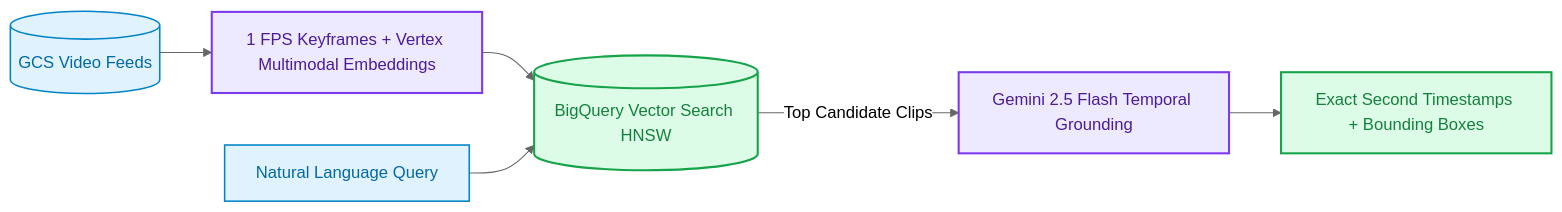
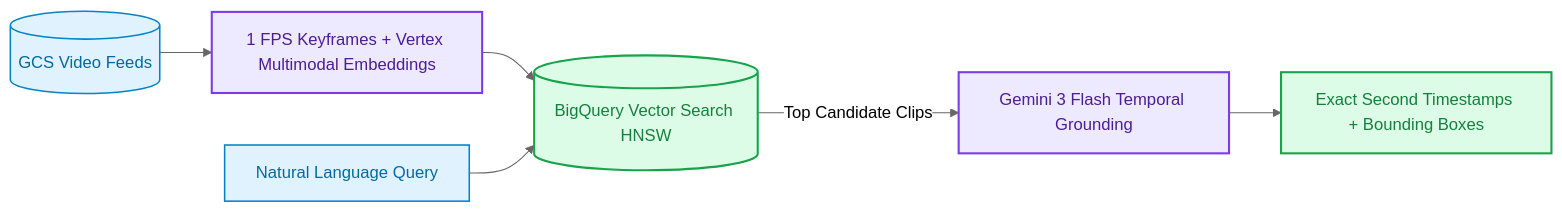
The fourth of 5 diagrams in projects/README.md (FirdowsRahaman/agentic-ai-and-ml-roadmap), drawn with Mermaid (neutral theme) before and after one commit. The commit also changed other lines of this file and 9 other files, not shown here.

````diff
--- a/projects/README.md
+++ b/projects/README.md
@@ -148,16 +148,16 @@
 ```mermaid
 flowchart LR
     GCS[("GCS Video Feeds")] --> EMB["1 FPS Keyframes + Vertex Multimodal Embeddings"]
     EMB --> BQ[("BigQuery Vector Search HNSW")]
     Q["Natural Language Query"] --> BQ
-    BQ -->|"Top Candidate Clips"| GEM["Gemini 2.5 Flash Temporal Grounding"]
+    BQ -->|"Top Candidate Clips"| GEM["Gemini 3 Flash Temporal Grounding"]
     GEM --> OUT["Exact Second Timestamps + Bounding Boxes"]
 
     classDef g fill:#E0F2FE,stroke:#0284C7,stroke-width:1.5px,color:#0369A1;
     classDef a fill:#EDE9FE,stroke:#7C3AED,stroke-width:2px,color:#4C1D95;
     classDef d fill:#DCFCE7,stroke:#16A34A,stroke-width:2px,color:#15803D;
 
     class GCS,Q g;
     class EMB,GEM a;
     class BQ,OUT d;
 ```
````
